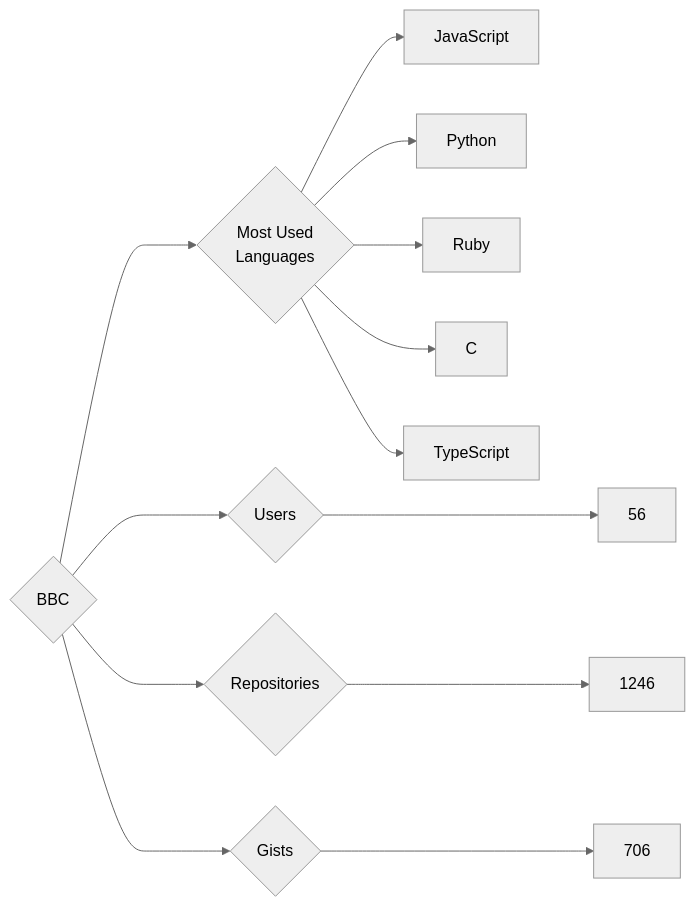
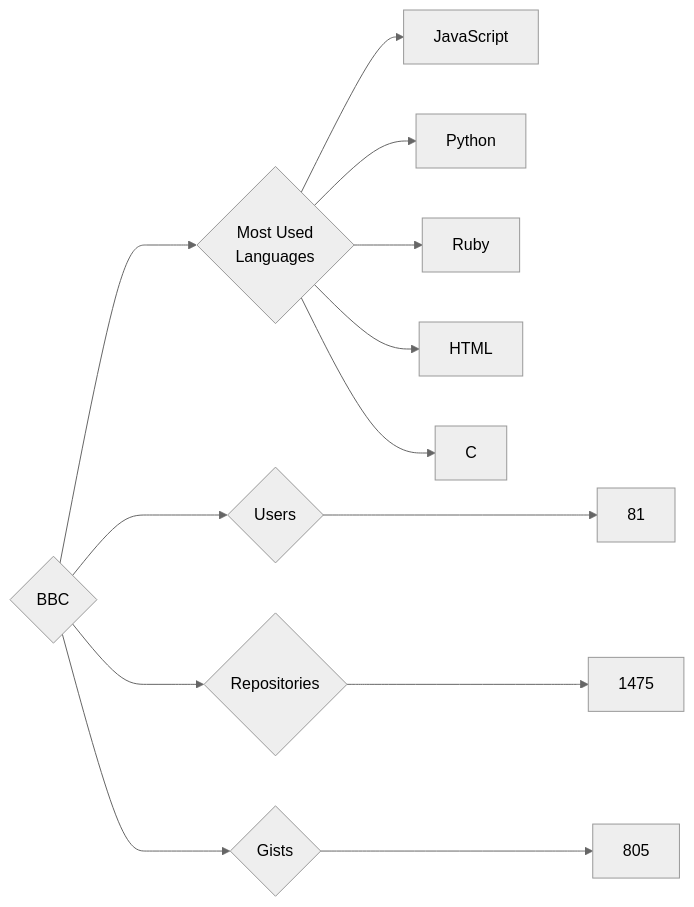
One commit to trickest/insiders changed the diagram in targets/BBC/README.md. Above: the diagram before and after it, drawn with Mermaid (neutral theme). The commit also changed 748 other files, not shown here.

````diff
--- a/targets/BBC/README.md
+++ b/targets/BBC/README.md
@@ -3,13 +3,13 @@
 ```mermaid
 graph LR
 COMPANY_NAME{BBC}
-COMPANY_NAME ---> U{Users} ---> UN[56]
-COMPANY_NAME ---> R{Repositories} ---> RN[1246]
-COMPANY_NAME ---> G{Gists} ---> GN[706]
+COMPANY_NAME ---> U{Users} ---> UN[81]
+COMPANY_NAME ---> R{Repositories} ---> RN[1475]
+COMPANY_NAME ---> G{Gists} ---> GN[805]
 COMPANY_NAME ---> ML{Most Used<br>Languages}
 ML --> JavaScript[JavaScript]
 ML --> Python[Python]
 ML --> Ruby[Ruby]
+ML --> HTML[HTML]
 ML --> C[C]
-ML --> TypeScript[TypeScript]
 ```
````
